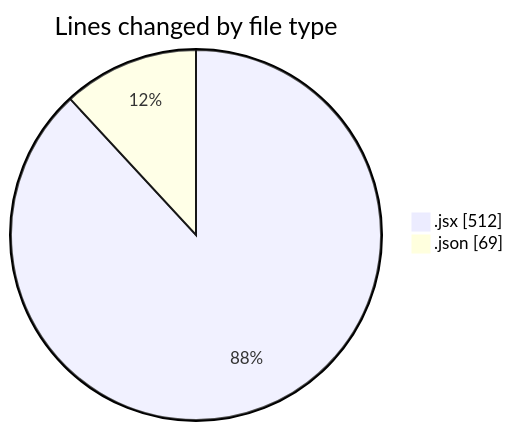
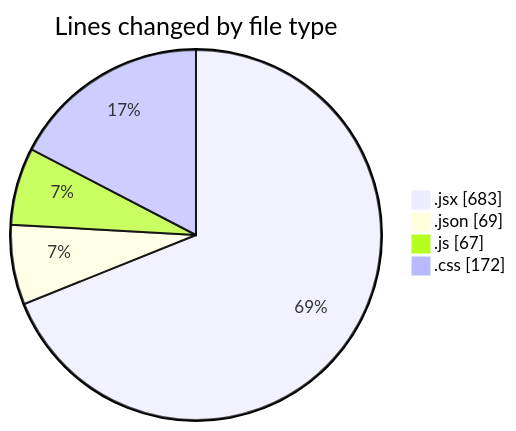
One commit to BS-eng2023/code-tracking changed the first of 2 diagrams in 2025-05-04/project/README.md. Above: the diagram before and after it, drawn with Mermaid. The commit also changed other lines of this file and 1 other file, not shown here.

````diff
--- a/2025-05-04/project/README.md
+++ b/2025-05-04/project/README.md
@@ -30,6 +34,8 @@
 ```mermaid
 pie showData
 title Lines changed by file type
-".jsx" : 512
+".jsx" : 683
 ".json" : 69
+".js" : 67
+".css" : 172
 ```
````
